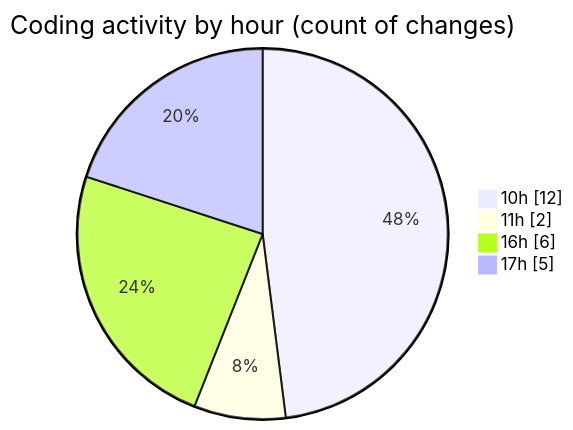
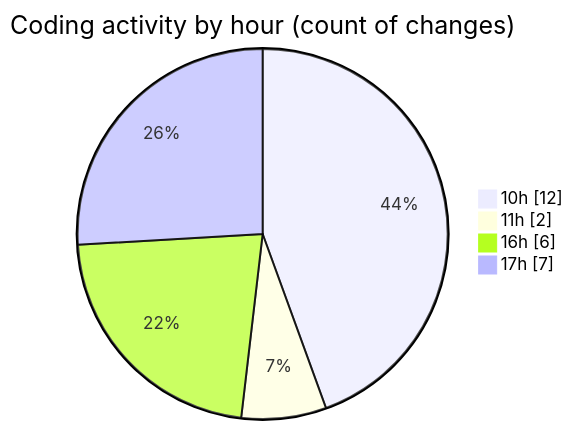
Before and after one commit to debugP/code-tracking: the second of 2 diagrams in 2025-10-01/untitled__workspace_/README.md, drawn with Mermaid. The commit also changed other lines of this file and 1 other file, not shown here.

````diff
--- a/2025-10-01/untitled__workspace_/README.md
+++ b/2025-10-01/untitled__workspace_/README.md
@@ -36,8 +37,8 @@
 ```mermaid
 pie showData
 title Coding activity by hour (count of changes)
 "10h" : 12
 "11h" : 2
 "16h" : 6
-"17h" : 5
+"17h" : 7
 ```
````
